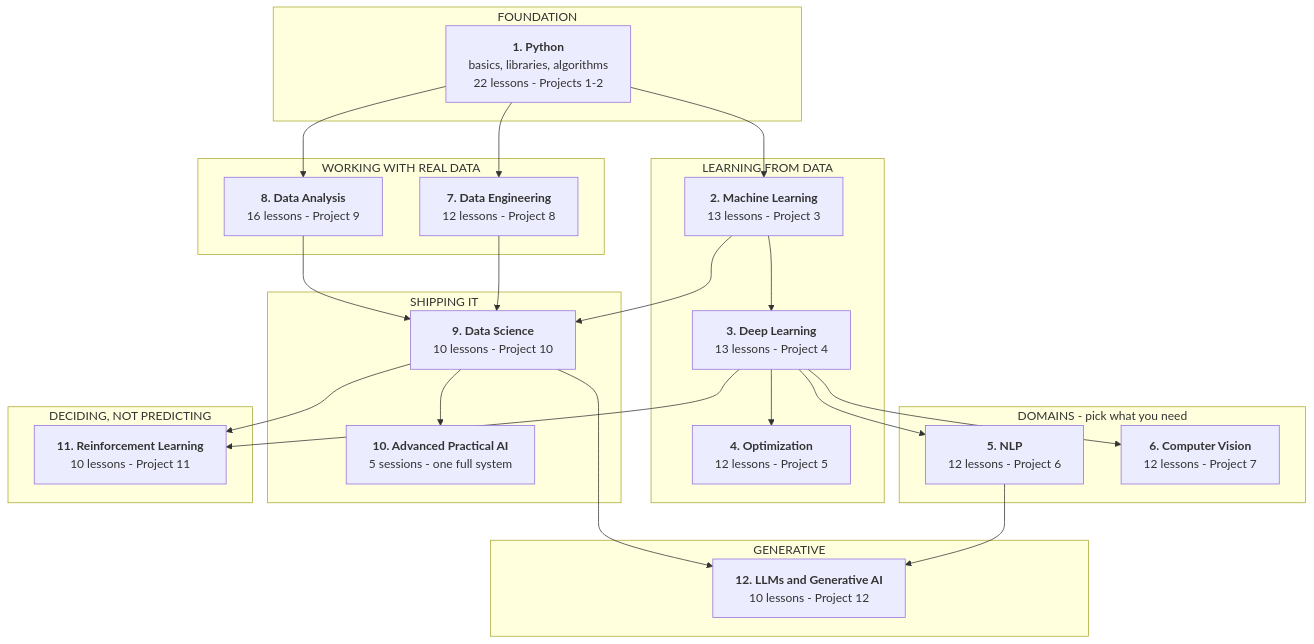
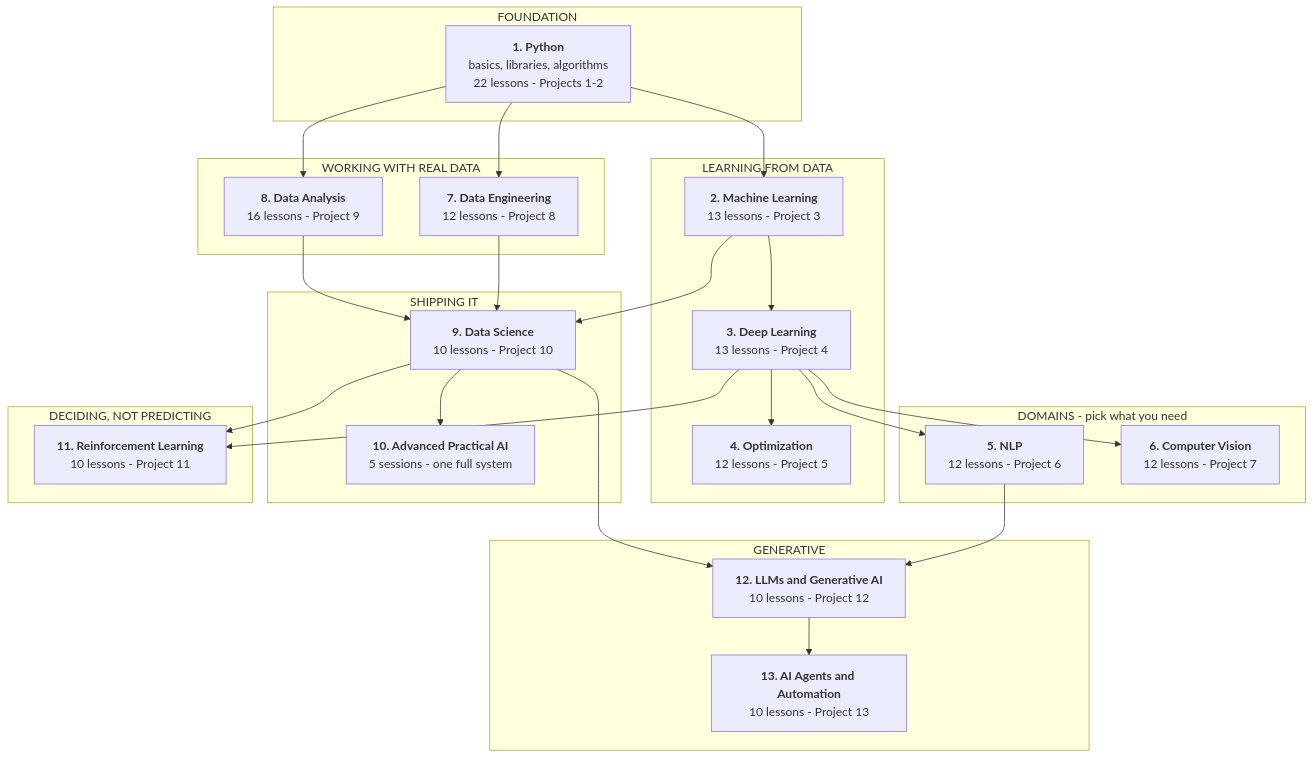
The diagram in README.md (Tayel-Ai-Labs-Courses/Advanced-AI), drawn with Mermaid before and after one commit. The commit also changed other lines of this file and 24 other files, not shown here.

First line of the commit message:
Add AI Agents and Automation course with Project 13

````diff
--- a/README.md
+++ b/README.md
@@ -14,43 +14,45 @@
 ```mermaid
 flowchart TD
     subgraph P0["FOUNDATION"]
         A["<b>1. Python</b><br/>basics, libraries, algorithms<br/>22 lessons - Projects 1-2"]
     end
     subgraph P1["LEARNING FROM DATA"]
         B["<b>2. Machine Learning</b><br/>13 lessons - Project 3"]
         C["<b>3. Deep Learning</b><br/>13 lessons - Project 4"]
         D["<b>4. Optimization</b><br/>12 lessons - Project 5"]
     end
     subgraph P2["DOMAINS - pick what you need"]
         E["<b>5. NLP</b><br/>12 lessons - Project 6"]
         F["<b>6. Computer Vision</b><br/>12 lessons - Project 7"]
     end
     subgraph P3["WORKING WITH REAL DATA"]
         G["<b>7. Data Engineering</b><br/>12 lessons - Project 8"]
         H["<b>8. Data Analysis</b><br/>16 lessons - Project 9"]
     end
     subgraph P4["SHIPPING IT"]
         I["<b>9. Data Science</b><br/>10 lessons - Project 10"]
         J["<b>10. Advanced Practical AI</b><br/>5 sessions - one full system"]
     end
     subgraph P5["DECIDING, NOT PREDICTING"]
         K["<b>11. Reinforcement Learning</b><br/>10 lessons - Project 11"]
     end
     subgraph P6["GENERATIVE"]
         L["<b>12. LLMs and Generative AI</b><br/>10 lessons - Project 12"]
+        M["<b>13. AI Agents and Automation</b><br/>10 lessons - Project 13"]
     end
 
     A --> B --> C --> D
     C --> E
     C --> F
     A --> G
     A --> H
     B --> I
     G --> I
     H --> I
     I --> J
     C --> K
     I --> K
     E --> L
     I --> L
+    L --> M
 ```
````
